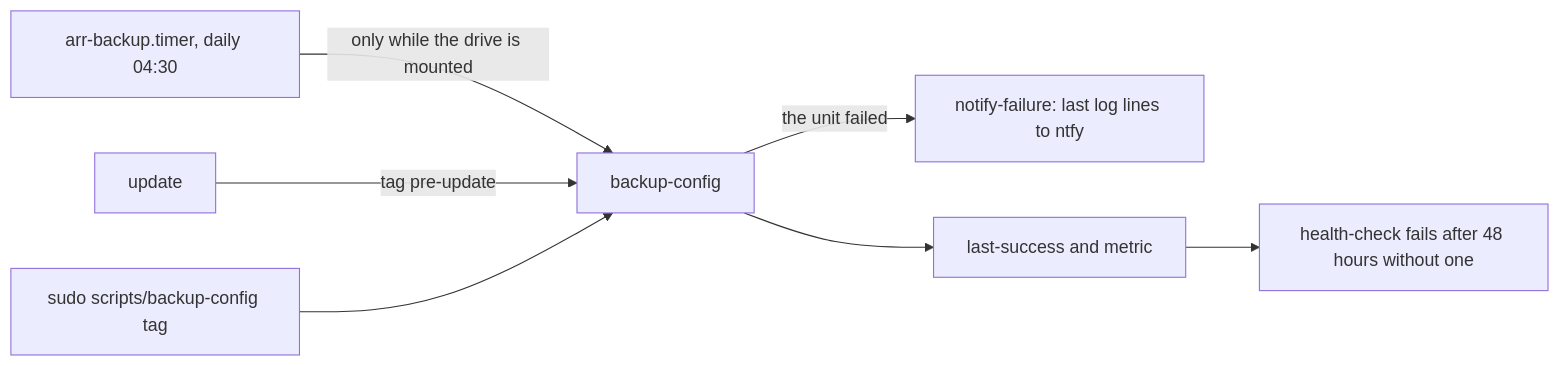
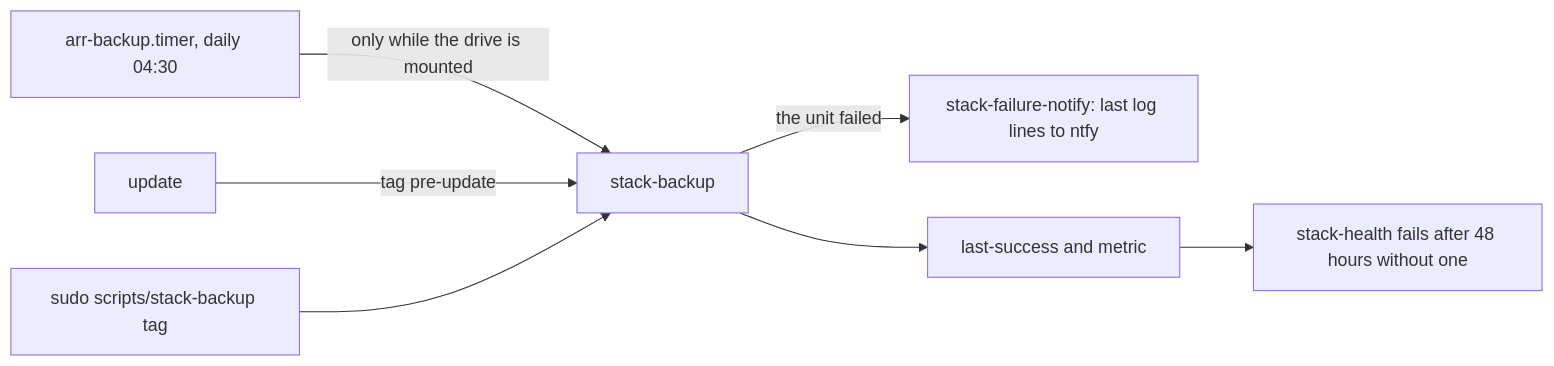
Before and after one commit to bugrauluyurt/homelab-media-stack: the second of 2 diagrams in docs/flows/backups.md, drawn with Mermaid. The commit also changed other lines of this file and 200 other files, not shown here.

````diff
--- a/docs/flows/backups.md
+++ b/docs/flows/backups.md
@@ -99,9 +99,9 @@
 ```mermaid
 flowchart LR
-    TIMER["arr-backup.timer, daily 04:30"] -->|"only while the drive is mounted"| RUN["backup-config"]
+    TIMER["arr-backup.timer, daily 04:30"] -->|"only while the drive is mounted"| RUN["stack-backup"]
     UPD["update"] -->|"tag pre-update"| RUN
-    HAND["sudo scripts/backup-config tag"] --> RUN
-    RUN -->|"the unit failed"| NF["notify-failure: last log lines to ntfy"]
+    HAND["sudo scripts/stack-backup tag"] --> RUN
+    RUN -->|"the unit failed"| NF["stack-failure-notify: last log lines to ntfy"]
     RUN --> OK["last-success and metric"]
-    OK --> HC["health-check fails after 48 hours without one"]
+    OK --> HC["stack-health fails after 48 hours without one"]
 ```
````
